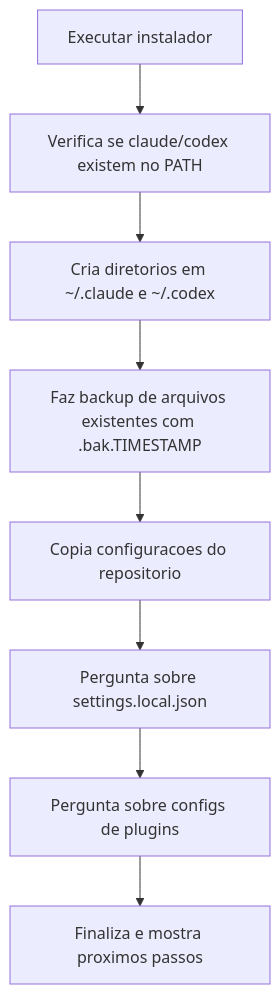
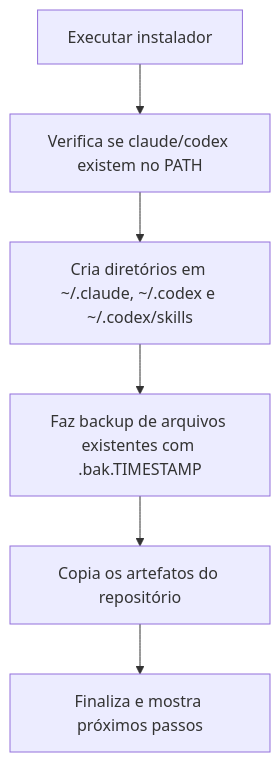
Before and after one commit to vinnedev/ai-skills: the second of 2 diagrams in README.md, drawn with Mermaid. The commit also changed other lines of this file and 15 other files, not shown here.

````diff
--- a/README.md
+++ b/README.md
@@ -45,10 +55,8 @@
 ```mermaid
 flowchart TD
     A["Executar instalador"] --> B["Verifica se claude/codex existem no PATH"]
-    B --> C["Cria diretorios em ~/.claude e ~/.codex"]
+    B --> C["Cria diretórios em ~/.claude, ~/.codex e ~/.codex/skills"]
     C --> D["Faz backup de arquivos existentes com .bak.TIMESTAMP"]
-    D --> E["Copia configuracoes do repositorio"]
-    E --> F["Pergunta sobre settings.local.json"]
-    F --> G["Pergunta sobre configs de plugins"]
-    G --> H["Finaliza e mostra proximos passos"]
+    D --> E["Copia os artefatos do repositório"]
+    E --> F["Finaliza e mostra próximos passos"]
 ```
````
